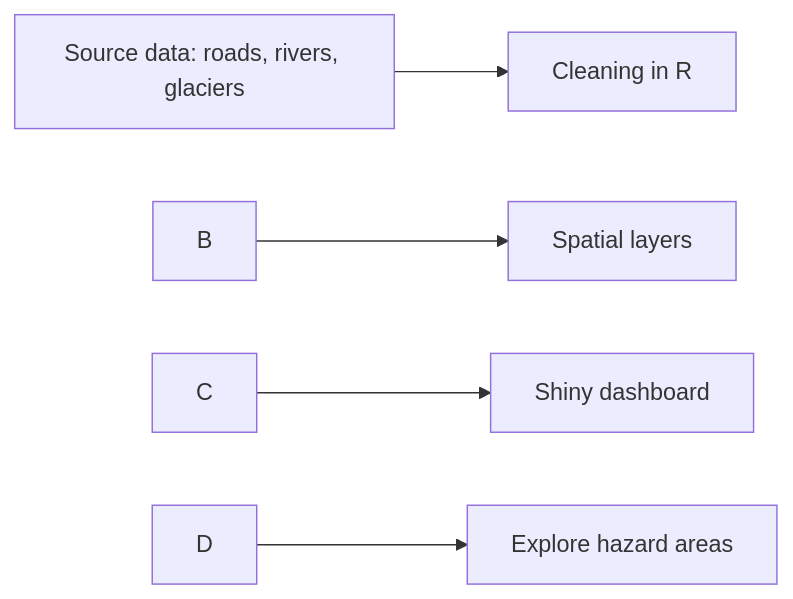
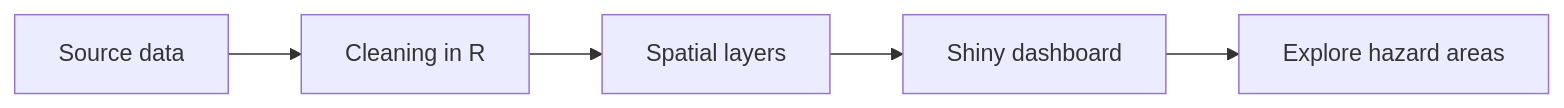
Before and after one commit to 2687229-arch/STAT3037A-DASHBOARD: the diagram in README.md, drawn with Mermaid. The commit also changed other lines of this file and 1 other file, not shown here.

````diff
--- a/README.md
+++ b/README.md
@@ -67,7 +62,4 @@
 ```mermaid
 flowchart LR
-    A\[Source data: roads, rivers, glaciers] --> B\[Cleaning in R]
-    B --> C\[Spatial layers]
-    C --> D\[Shiny dashboard]
-    D --> E\[Explore hazard areas]
+    A[Source data] --> B[Cleaning in R] --> C[Spatial layers] --> D[Shiny dashboard] --> E[Explore hazard areas]
 ```
````
